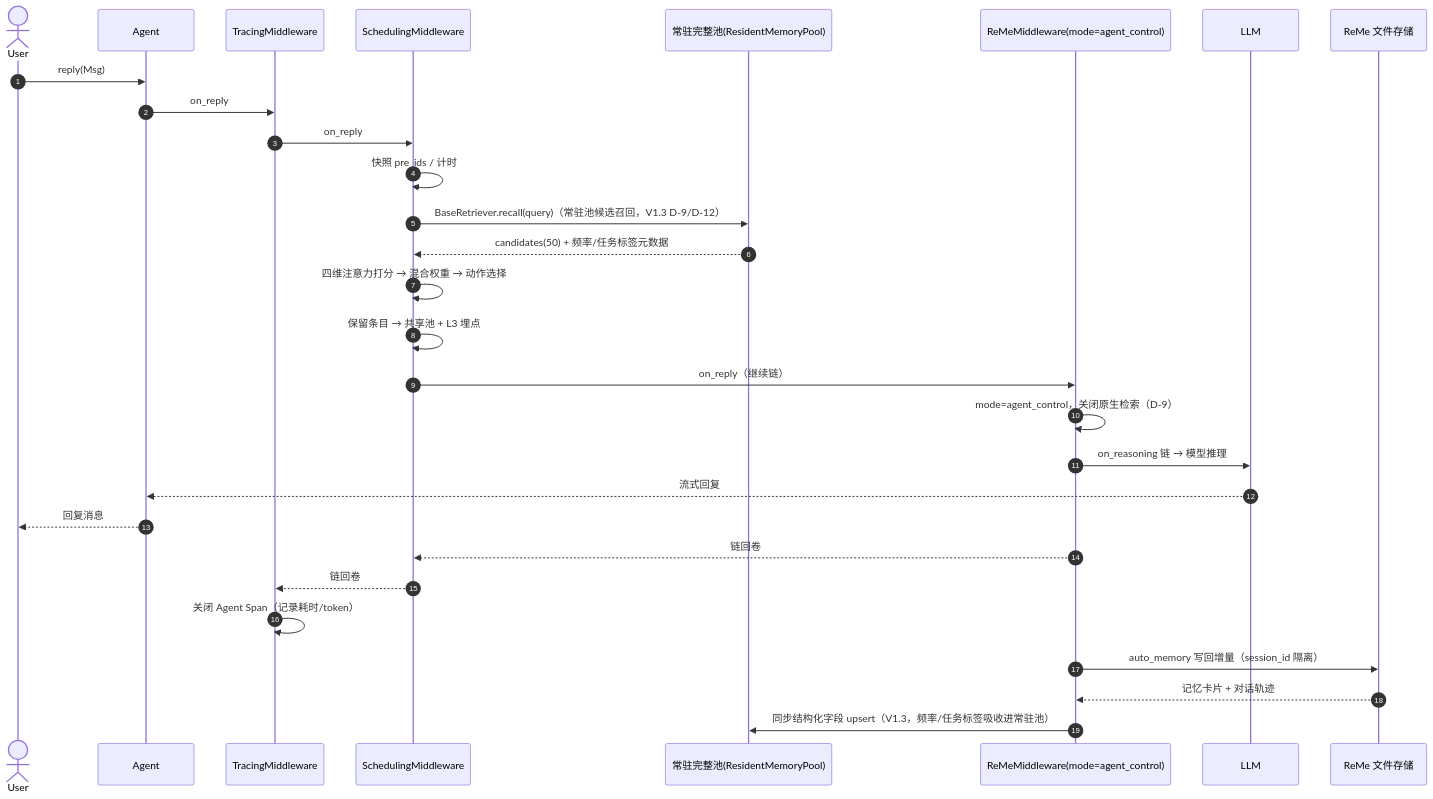
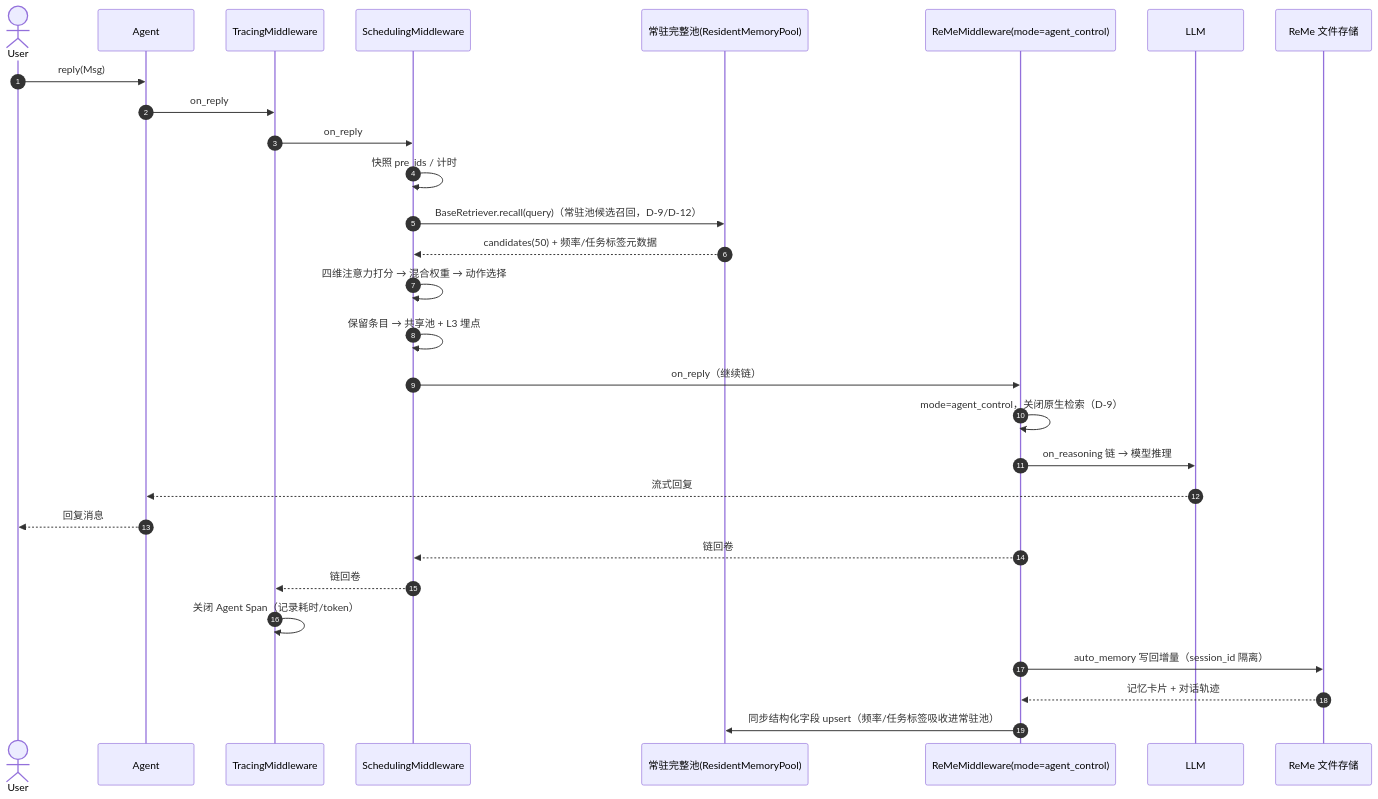
Before and after one commit to ToWaitJust/Multi-agent-Memory: the third of 10 diagrams in docs/多智能体记忆共享调度系统工程实现文档.md, drawn with Mermaid. The commit also changed other lines of this file and 57 other files, not shown here.

````diff
--- a/docs/多智能体记忆共享调度系统工程实现文档.md
+++ b/docs/多智能体记忆共享调度系统工程实现文档.md
@@ -795,32 +792,32 @@
 ```mermaid
 sequenceDiagram
     autonumber
     actor User
     participant A as Agent
     participant T as TracingMiddleware
     participant S as SchedulingMiddleware
     participant RP as 常驻完整池(ResidentMemoryPool)
     participant R as ReMeMiddleware(mode=agent_control)
     participant LLM as LLM
     participant F as ReMe 文件存储
 
     User->>A: reply(Msg)
     A->>T: on_reply
     T->>S: on_reply
     S->>S: 快照 pre_ids / 计时
-    S->>RP: BaseRetriever.recall(query)（常驻池候选召回，V1.3 D-9/D-12）
+    S->>RP: BaseRetriever.recall(query)（常驻池候选召回，D-9/D-12）
     RP-->>S: candidates(50) + 频率/任务标签元数据
     S->>S: 四维注意力打分 → 混合权重 → 动作选择
     S->>S: 保留条目 → 共享池 + L3 埋点
     S->>R: on_reply（继续链）
     R->>R: mode=agent_control，关闭原生检索（D-9）
     R->>LLM: on_reasoning 链 → 模型推理
     LLM-->>A: 流式回复
     A-->>User: 回复消息
     R-->>S: 链回卷
     S-->>T: 链回卷
     T->>T: 关闭 Agent Span（记录耗时/token）
     R->>F: auto_memory 写回增量（session_id 隔离）
     F-->>R: 记忆卡片 + 对话轨迹
-    R->>RP: 同步结构化字段 upsert（V1.3，频率/任务标签吸收进常驻池）
+    R->>RP: 同步结构化字段 upsert（频率/任务标签吸收进常驻池）
 ```
````
